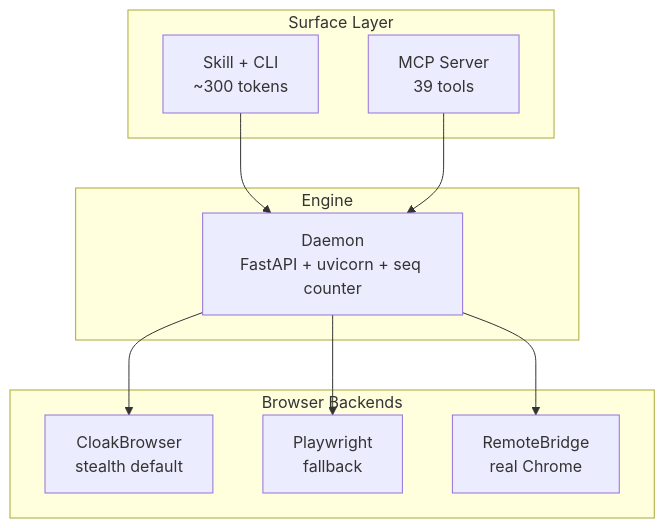
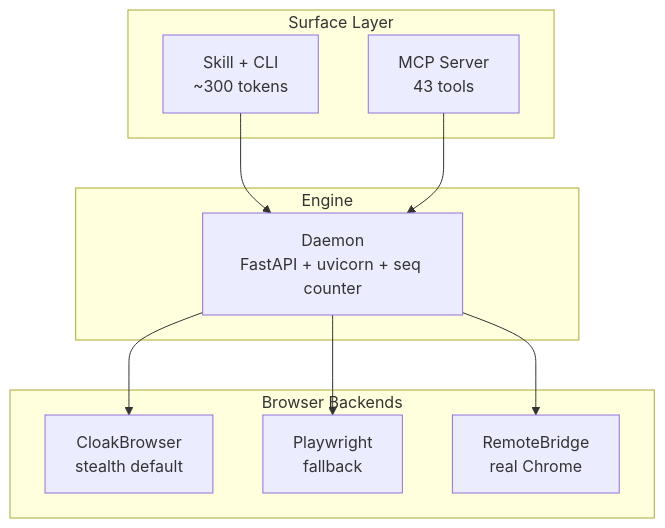
Before and after one commit to shayuc137/agentcloak: the diagram in README.md, drawn with Mermaid. The commit also changed other lines of this file and 45 other files, not shown here.

````diff
--- a/README.md
+++ b/README.md
@@ -243,23 +244,23 @@
 ```mermaid
 graph TD
     subgraph Surface["Surface Layer"]
         Skill["Skill + CLI<br/>~300 tokens"]
-        MCP["MCP Server<br/>39 tools"]
+        MCP["MCP Server<br/>43 tools"]
     end
 
     subgraph Engine["Engine"]
         Daemon["Daemon<br/>FastAPI + uvicorn + seq counter"]
     end
 
     subgraph Backends["Browser Backends"]
         Cloak["CloakBrowser<br/>stealth default"]
         PW["Playwright<br/>fallback"]
         Bridge["RemoteBridge<br/>real Chrome"]
     end
 
     Skill --> Daemon
     MCP --> Daemon
     Daemon --> Cloak
     Daemon --> PW
     Daemon --> Bridge
 ```
````
